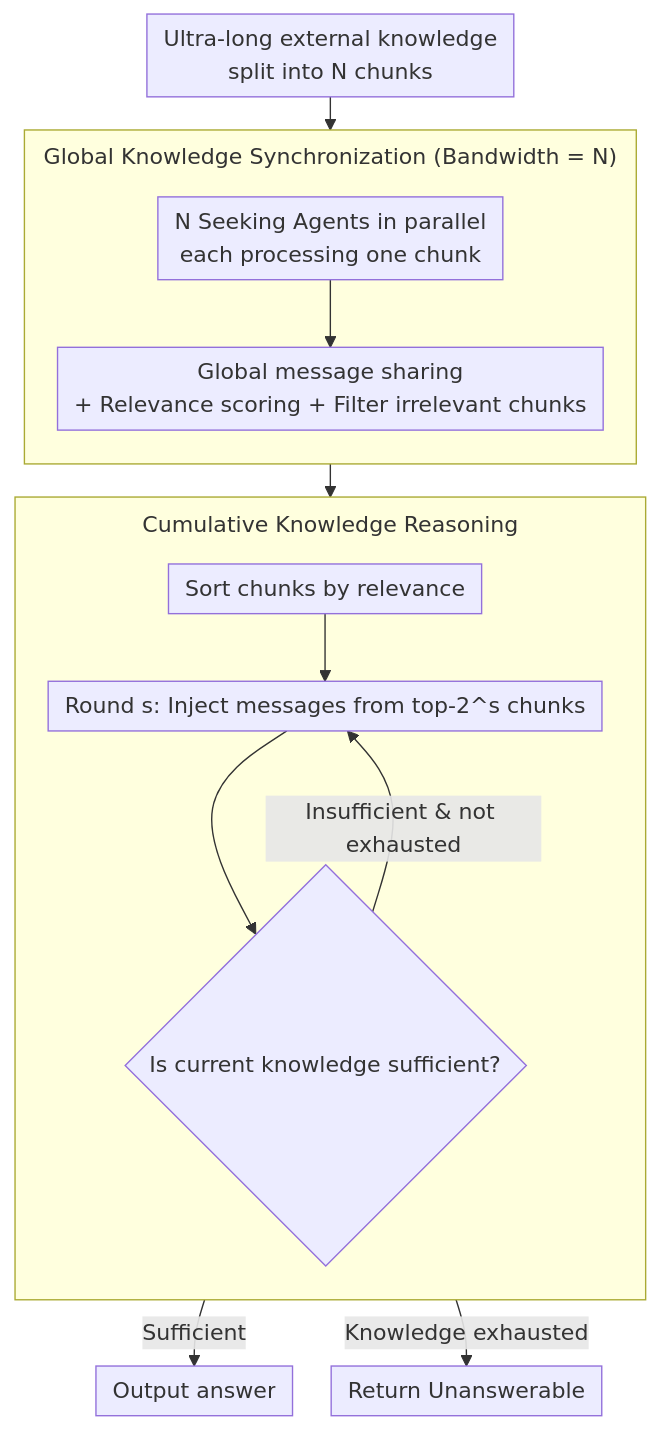
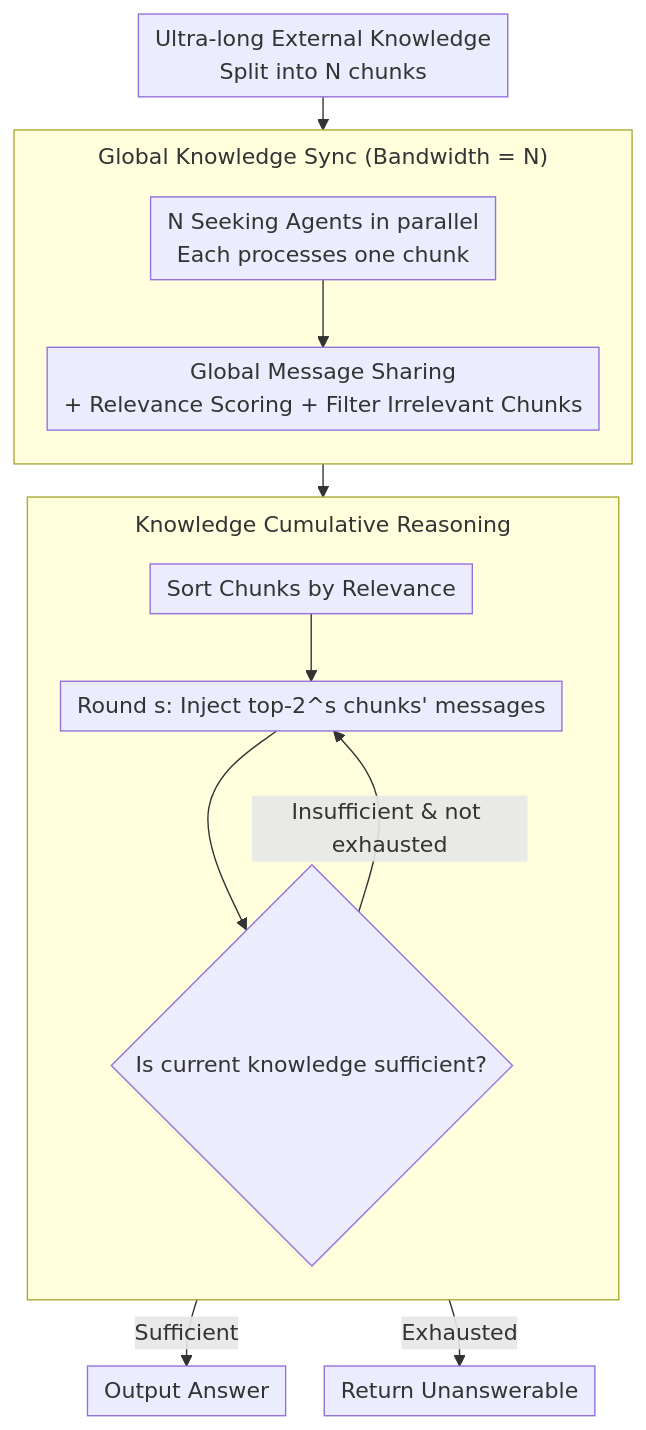
Before and after one commit to zhaoyang97/Paper-Notes-en: the diagram in docs/ACL2026/multi_agent/scaling_external_knowledge_input_beyond_context_windows_of_llms_via_multi-agent_.md, drawn with Mermaid. The commit also changed other lines of this file and 5084 other files, not shown here.

````diff
--- a/docs/ACL2026/multi_agent/scaling_external_knowledge_input_beyond_context_windows_of_llms_via_multi-agent_.md
+++ b/docs/ACL2026/multi_agent/scaling_external_knowledge_input_beyond_context_windows_of_llms_via_multi-agent_.md
@@ -44,18 +44,18 @@
 ```mermaid
 %%{init: {'flowchart': {'rankSpacing': 24, 'nodeSpacing': 28, 'padding': 6, 'wrappingWidth': 400, 'subGraphTitleMargin': {'top': 8, 'bottom': 16}}}}%%
 flowchart TD
-    A["Ultra-long external knowledge<br/>split into N chunks"] --> B
-    subgraph SYNC["Global Knowledge Synchronization (Bandwidth = N)"]
+    A["Ultra-long External Knowledge<br/>Split into N chunks"] --> B
+    subgraph SYNC["Global Knowledge Sync (Bandwidth = N)"]
         direction TB
-        B["N Seeking Agents in parallel<br/>each processing one chunk"] --> C["Global message sharing<br/>+ Relevance scoring + Filter irrelevant chunks"]
+        B["N Seeking Agents in parallel<br/>Each processes one chunk"] --> C["Global Message Sharing<br/>+ Relevance Scoring + Filter Irrelevant Chunks"]
     end
-    C --> D["Sort chunks by relevance"]
-    subgraph REASON["Cumulative Knowledge Reasoning"]
+    C --> D["Sort Chunks by Relevance"]
+    subgraph REASON["Knowledge Cumulative Reasoning"]
         direction TB
-        D --> E["Round s: Inject messages from top-2^s chunks"]
+        D --> E["Round s: Inject top-2^s chunks' messages"]
         E --> F{"Is current knowledge sufficient?"}
         F -->|Insufficient & not exhausted| E
     end
-    F -->|Sufficient| G["Output answer"]
-    F -->|Knowledge exhausted| H["Return Unanswerable"]
+    F -->|Sufficient| G["Output Answer"]
+    F -->|Exhausted| H["Return Unanswerable"]
 ```
````
